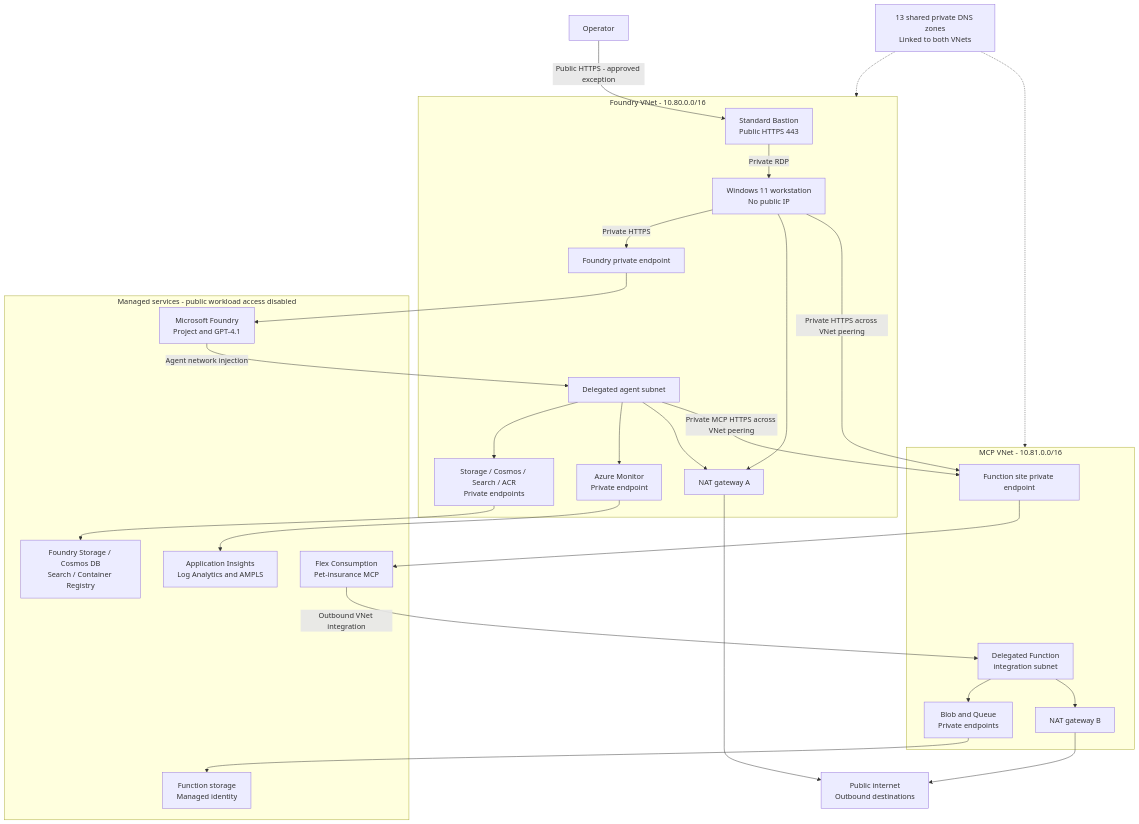
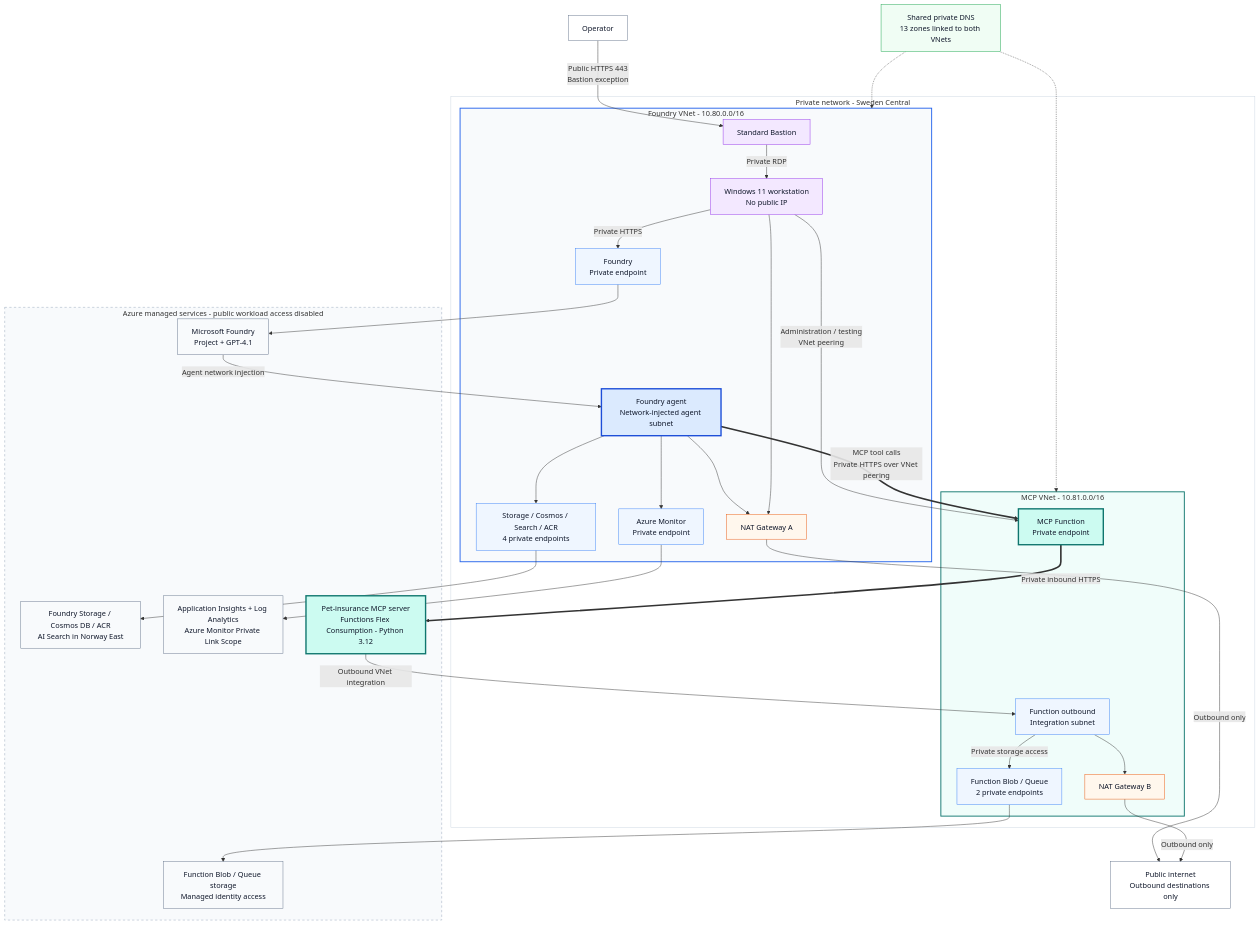
One commit to georgeollis/foundry-agent-service-remote-mcp changed the second of 2 diagrams in README.md. Above: the diagram before and after it, drawn with Mermaid. The commit also changed other lines of this file, not shown here.

Commit message:
Clarify private agent-to-MCP flow and improve architecture diagrams
Add a focused tool-call diagram and an expandable, color-coded full network view with explicit endpoint counts, private administration, shared DNS, and per-VNet NAT egress.

````diff
--- a/README.md
+++ b/README.md
@@ -29,54 +56,74 @@
 ```mermaid
 flowchart TB
-    operator["Operator"]
-    internet["Public internet<br/>Outbound destinations"]
-    dns["13 shared private DNS zones<br/>Linked to both VNets"]
+    operator["Operator"]:::external
+    dns["Shared private DNS<br/>13 zones linked to both VNets"]:::dns
 
-    subgraph foundryVnet["Foundry VNet - 10.80.0.0/16"]
-        bastion["Standard Bastion<br/>Public HTTPS 443"]
-        vm["Windows 11 workstation<br/>No public IP"]
-        agent["Delegated agent subnet"]
-        foundryPe["Foundry private endpoint"]
-        dependencyPe["Storage / Cosmos / Search / ACR<br/>Private endpoints"]
-        monitorPe["Azure Monitor<br/>Private endpoint"]
-        natA["NAT gateway A"]
-        bastion -->|"Private RDP"| vm
-        vm -->|"Private HTTPS"| foundryPe
-        agent --> dependencyPe
-        agent --> monitorPe
-        agent --> natA
-        vm --> natA
+    subgraph networks["Private network - Sweden Central"]
+        subgraph foundryVnet["Foundry VNet - 10.80.0.0/16"]
+            bastion["Standard Bastion"]:::access
+            vm["Windows 11 workstation<br/>No public IP"]:::access
+            agent["Foundry agent<br/>Network-injected agent subnet"]:::agent
+            foundryPe["Foundry<br/>Private endpoint"]:::endpoint
+            dependencyPe["Storage / Cosmos / Search / ACR<br/>4 private endpoints"]:::endpoint
+            monitorPe["Azure Monitor<br/>Private endpoint"]:::endpoint
+            natA["NAT Gateway A"]:::egress
+        end
+
+        subgraph mcpVnet["MCP VNet - 10.81.0.0/16"]
+            mcpPe["MCP Function<br/>Private endpoint"]:::mcp
+            storagePe["Function Blob / Queue<br/>2 private endpoints"]:::endpoint
+            integration["Function outbound<br/>Integration subnet"]:::endpoint
+            natB["NAT Gateway B"]:::egress
+        end
     end
 
-    subgraph mcpVnet["MCP VNet - 10.81.0.0/16"]
-        mcpPe["Function site private endpoint"]
-        storagePe["Blob and Queue<br/>Private endpoints"]
-        integration["Delegated Function<br/>integration subnet"]
-        natB["NAT gateway B"]
-        integration --> storagePe
-        integration --> natB
+    subgraph managed["Azure managed services - public workload access disabled"]
+        foundry["Microsoft Foundry<br/>Project + GPT-4.1"]:::service
+        dependencies["Foundry Storage / Cosmos DB / ACR<br/>AI Search in Norway East"]:::service
+        monitor["Application Insights + Log Analytics<br/>Azure Monitor Private Link Scope"]:::service
+        func["Pet-insurance MCP server<br/>Functions Flex Consumption - Python 3.12"]:::mcp
+        storage["Function Blob / Queue storage<br/>Managed identity access"]:::service
     end
 
-    subgraph managed["Managed services - public workload access disabled"]
-        foundry["Microsoft Foundry<br/>Project and GPT-4.1"]
-        dependencies["Foundry Storage / Cosmos DB<br/>Search / Container Registry"]
-        monitor["Application Insights<br/>Log Analytics and AMPLS"]
-        func["Flex Consumption<br/>Pet-insurance MCP"]
-        storage["Function storage<br/>Managed identity"]
-    end
+    internet["Public internet<br/>Outbound destinations only"]:::external
 
-    operator -->|"Public HTTPS - approved exception"| bastion
-    vm -->|"Private HTTPS across VNet peering"| mcpPe
-    agent -->|"Private MCP HTTPS across VNet peering"| mcpPe
+    operator -->|"Public HTTPS 443<br/>Bastion exception"| bastion
+    bastion -->|"Private RDP"| vm
+    vm -->|"Private HTTPS"| foundryPe
+    vm -->|"Administration / testing<br/>VNet peering"| mcpPe
+    agent ==>|"MCP tool calls<br/>Private HTTPS over VNet peering"| mcpPe
+    mcpPe ==>|"Private inbound HTTPS"| func
+
     foundryPe --> foundry
     foundry -->|"Agent network injection"| agent
+    agent --> dependencyPe
     dependencyPe --> dependencies
+    agent --> monitorPe
     monitorPe --> monitor
-    mcpPe --> func
+
     func -->|"Outbound VNet integration"| integration
+    integration -->|"Private storage access"| storagePe
     storagePe --> storage
-    natA --> internet
-    natB --> internet
+
+    agent --> natA
+    vm --> natA
+    integration --> natB
+    natA -->|"Outbound only"| internet
+    natB -->|"Outbound only"| internet
+
     dns -.-> foundryVnet
     dns -.-> mcpVnet
+
+    classDef agent fill:#DBEAFE,stroke:#1D4ED8,stroke-width:3px,color:#0F172A
+    classDef mcp fill:#CCFBF1,stroke:#0F766E,stroke-width:3px,color:#0F172A
+    classDef endpoint fill:#EFF6FF,stroke:#3B82F6,color:#0F172A
+    classDef service fill:#F8FAFC,stroke:#64748B,color:#0F172A
+    classDef access fill:#F3E8FF,stroke:#9333EA,color:#0F172A
+    classDef egress fill:#FFF7ED,stroke:#EA580C,color:#0F172A
+    classDef dns fill:#F0FDF4,stroke:#16A34A,color:#0F172A
+    classDef external fill:#FFFFFF,stroke:#64748B,color:#0F172A
+    style networks fill:#FFFFFF,stroke:#CBD5E1
+    style foundryVnet fill:#F8FAFC,stroke:#2563EB,stroke-width:2px
+    style mcpVnet fill:#F0FDFA,stroke:#0F766E,stroke-width:2px
+    style managed fill:#F8FAFC,stroke:#94A3B8,stroke-dasharray:5 5
 ```
````
